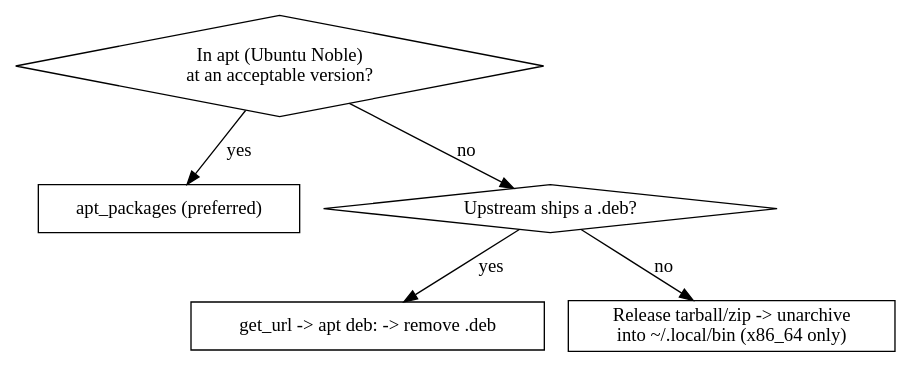
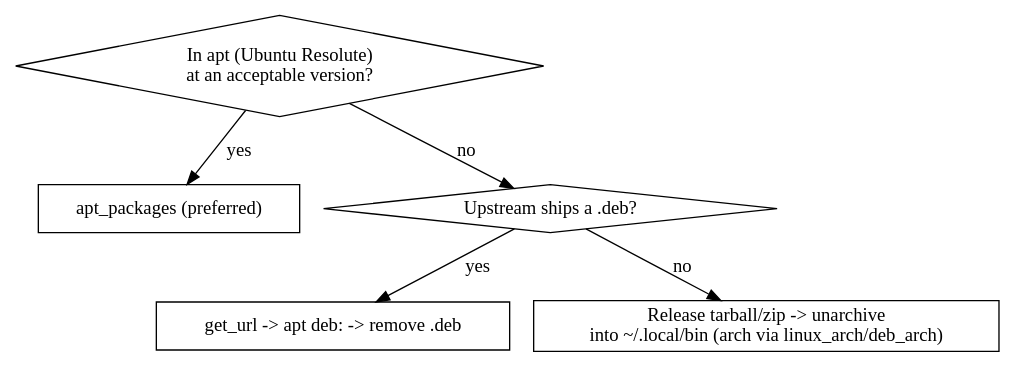
One commit to mtkhawaja/dev-environment changed the diagram in .claude/skills/adding-a-tool/SKILL.md. Above: the diagram before and after it, drawn with Graphviz. The commit also changed other lines of this file and 31 other files, not shown here.

First line of the commit message:
feat!: target ubuntu 26.04 (resolute) and modernize installs

````diff
--- a/.claude/skills/adding-a-tool/SKILL.md
+++ b/.claude/skills/adding-a-tool/SKILL.md
@@ -31,15 +31,15 @@
 ```dot
 digraph debian_install {
     rankdir=TB;
-    apt [shape=diamond, label="In apt (Ubuntu Noble)\nat an acceptable version?"];
+    apt [shape=diamond, label="In apt (Ubuntu Resolute)\nat an acceptable version?"];
     use_apt [shape=box, label="apt_packages (preferred)"];
     deb [shape=diamond, label="Upstream ships a .deb?"];
     use_deb [shape=box, label="get_url -> apt deb: -> remove .deb"];
-    use_rel [shape=box, label="Release tarball/zip -> unarchive\ninto ~/.local/bin (x86_64 only)"];
+    use_rel [shape=box, label="Release tarball/zip -> unarchive\ninto ~/.local/bin (arch via linux_arch/deb_arch)"];
 
     apt -> use_apt [label="yes"];
     apt -> deb [label="no"];
     deb -> use_deb [label="yes"];
     deb -> use_rel [label="no"];
 }
 ```
````
